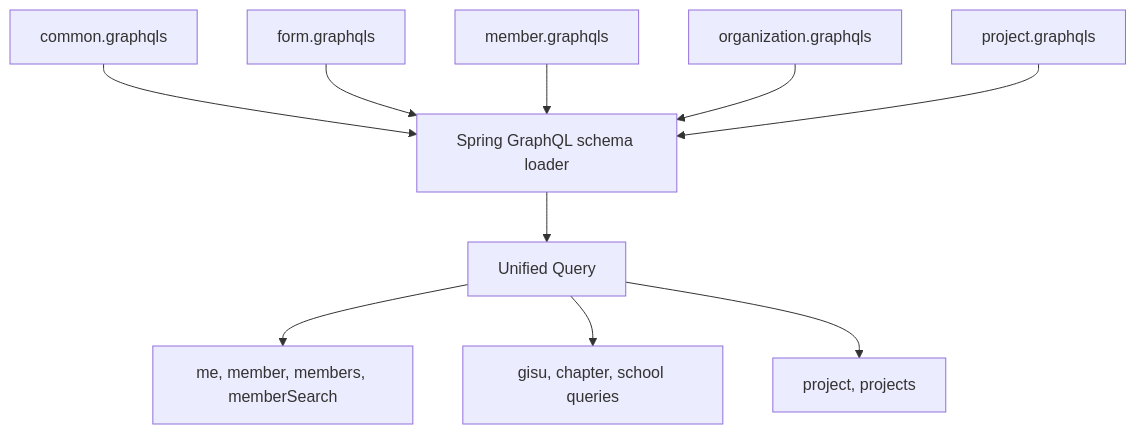
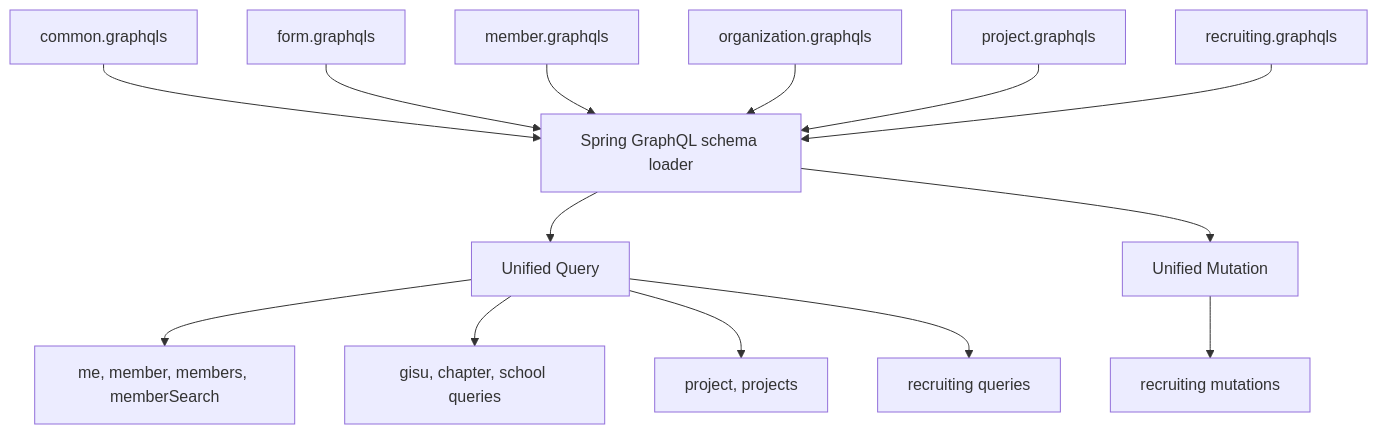
Before and after one commit to UMC-PRODUCT/cygnus-server: the first of 3 diagrams in docs/onboarding/graphql/schema-relationships.md, drawn with Mermaid. The commit also changed other lines of this file and 12 other files, not shown here.

Commit message:
refactor: 리크루팅 schema를 공통 IDL 계약에 통합

````diff
--- a/docs/onboarding/graphql/schema-relationships.md
+++ b/docs/onboarding/graphql/schema-relationships.md
@@ -20,13 +21,17 @@
 ```mermaid
 flowchart TB
   Common["common.graphqls"] --> Loader["Spring GraphQL schema loader"]
   FormFile["form.graphqls"] --> Loader
   MemberFile["member.graphqls"] --> Loader
   OrganizationFile["organization.graphqls"] --> Loader
   ProjectFile["project.graphqls"] --> Loader
+  RecruitingFile["recruiting.graphqls"] --> Loader
   Loader --> Query["Unified Query"]
+  Loader --> Mutation["Unified Mutation"]
 
   Query --> MemberQuery["me, member, members, memberSearch"]
   Query --> OrganizationQuery["gisu, chapter, school queries"]
   Query --> ProjectQuery["project, projects"]
+  Query --> RecruitingQuery["recruiting queries"]
+  Mutation --> RecruitingMutation["recruiting mutations"]
 ```
````
